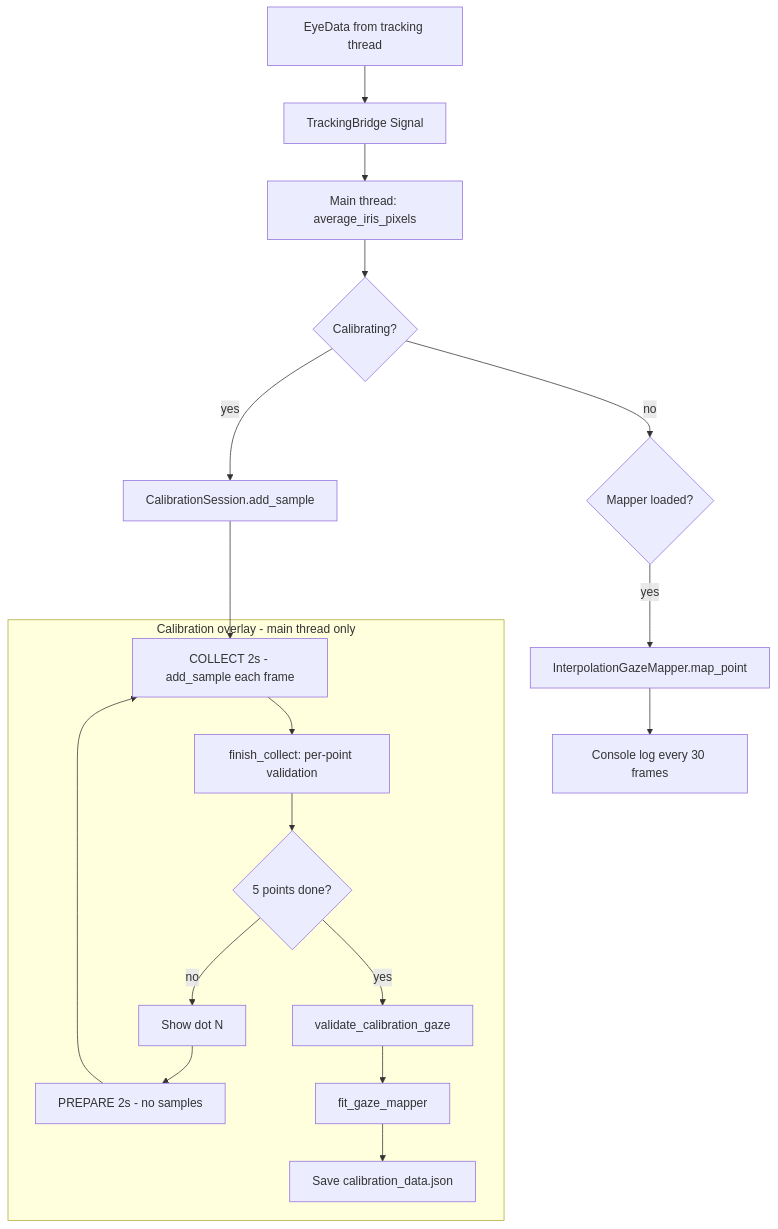
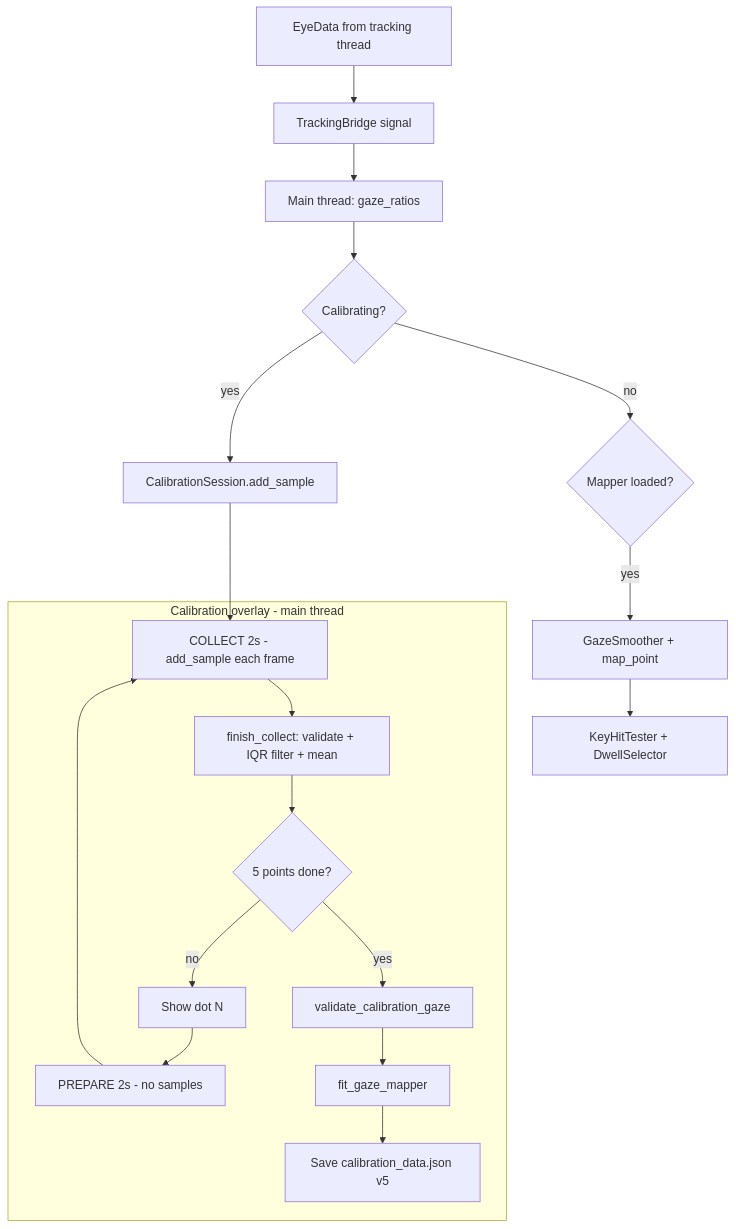
One commit to Hadar0109/GazeKey changed the diagram in gazekey/calibration/README.md. Above: the diagram before and after it, drawn with Mermaid. The commit also changed other lines of this file, not shown here.

Commit message:
Update calibration  README

````diff
--- a/gazekey/calibration/README.md
+++ b/gazekey/calibration/README.md
@@ -15,23 +16,23 @@
 ```mermaid
 flowchart TD
-    A[EyeData from tracking thread] --> B[TrackingBridge Signal]
-    B --> C[Main thread: average_iris_pixels]
+    A[EyeData from tracking thread] --> B[TrackingBridge signal]
+    B --> C[Main thread: gaze_ratios]
     C --> D{Calibrating?}
     D -->|yes| E[CalibrationSession.add_sample]
     D -->|no| F{Mapper loaded?}
-    F -->|yes| G[InterpolationGazeMapper.map_point]
-    G --> H[Console log every 30 frames]
+    F -->|yes| G[GazeSmoother + map_point]
+    G --> H[KeyHitTester + DwellSelector]
 
-    subgraph calib [Calibration overlay - main thread only]
+    subgraph calib [Calibration overlay - main thread]
         I[Show dot N] --> J[PREPARE 2s - no samples]
         J --> K[COLLECT 2s - add_sample each frame]
-        K --> L[finish_collect: per-point validation]
+        K --> L[finish_collect: validate + IQR filter + mean]
         L --> M{5 points done?}
         M -->|no| I
         M -->|yes| N[validate_calibration_gaze]
         N --> O[fit_gaze_mapper]
-        O --> P[Save calibration_data.json]
+        O --> P[Save calibration_data.json v5]
     end
 
     E --> K
 ```
````
